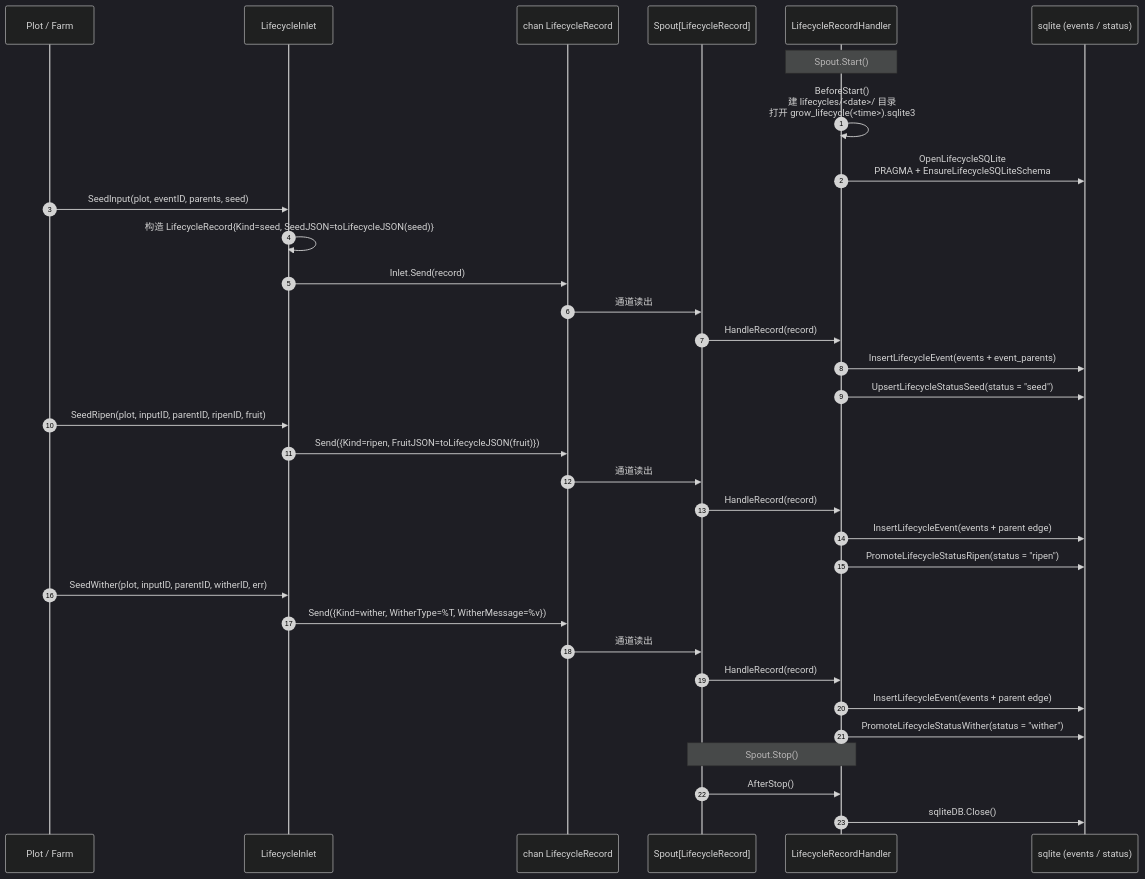
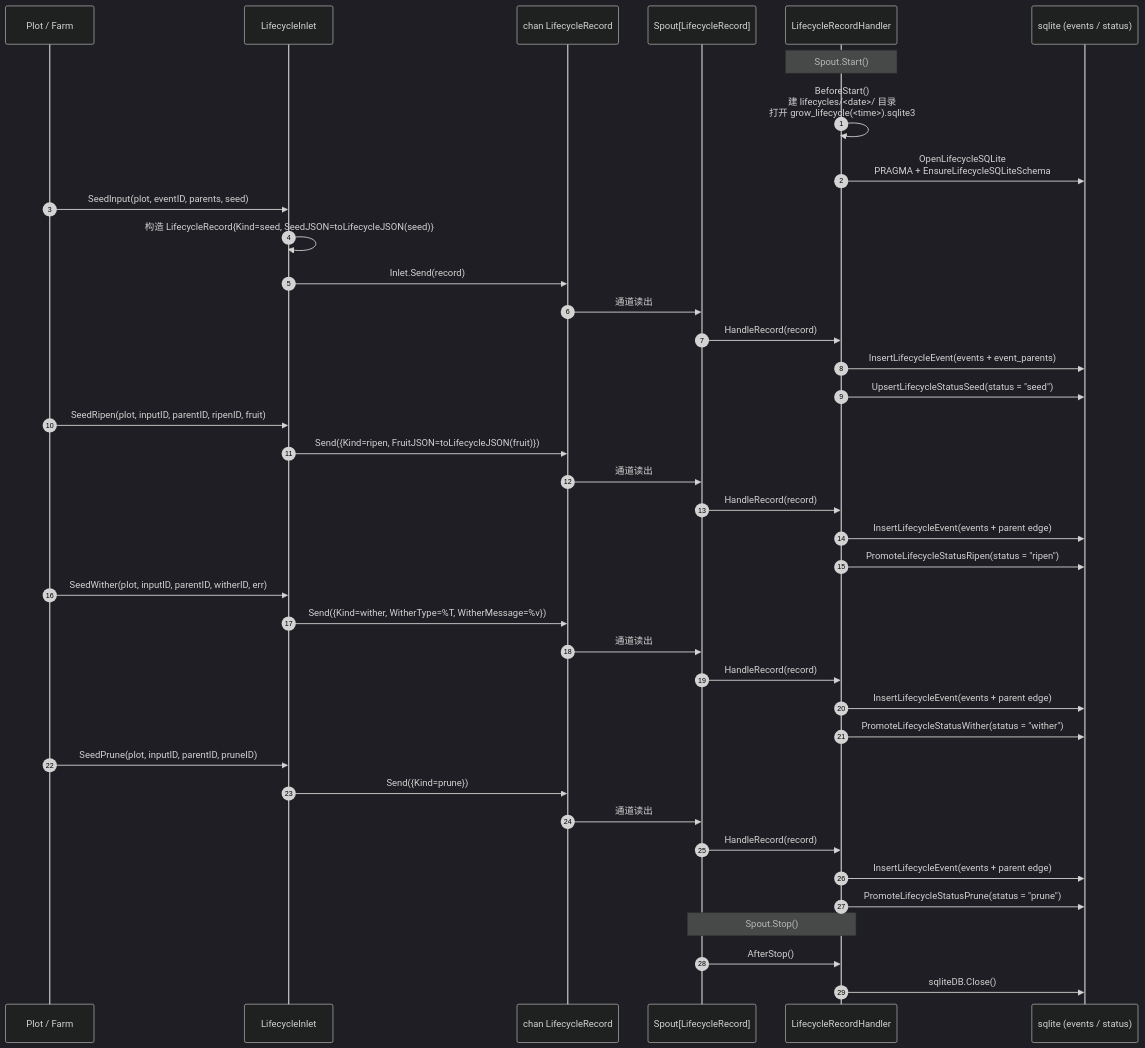
The diagram in docs/zh-CN/pkg/persist/lifecycle.md (Mr-xiaotian/CelestialGrow), drawn with Mermaid (dark theme) before and after one commit. The commit also changed other lines of this file and 12 other files, not shown here.

````diff
--- a/docs/zh-CN/pkg/persist/lifecycle.md
+++ b/docs/zh-CN/pkg/persist/lifecycle.md
@@ -98,40 +99,47 @@
 ```mermaid
 sequenceDiagram
     autonumber
     participant Caller as Plot / Farm
     participant Inlet as LifecycleInlet
     participant Ch as chan LifecycleRecord
     participant Spout as Spout[LifecycleRecord]
     participant Handler as LifecycleRecordHandler
     participant DB as sqlite (events / status)
 
     Note over Handler: Spout.Start()
     Handler->>Handler: BeforeStart()<br/>建 lifecycles/<date>/ 目录<br/>打开 grow_lifecycle(<time>).sqlite3
     Handler->>DB: OpenLifecycleSQLite<br/>PRAGMA + EnsureLifecycleSQLiteSchema
 
     Caller->>Inlet: SeedInput(plot, eventID, parents, seed)
     Inlet->>Inlet: 构造 LifecycleRecord{Kind=seed, SeedJSON=toLifecycleJSON(seed)}
     Inlet->>Ch: Inlet.Send(record)
     Ch->>Spout: 通道读出
     Spout->>Handler: HandleRecord(record)
     Handler->>DB: InsertLifecycleEvent(events + event_parents)
     Handler->>DB: UpsertLifecycleStatusSeed(status = "seed")
 
     Caller->>Inlet: SeedRipen(plot, inputID, parentID, ripenID, fruit)
     Inlet->>Ch: Send({Kind=ripen, FruitJSON=toLifecycleJSON(fruit)})
     Ch->>Spout: 通道读出
     Spout->>Handler: HandleRecord(record)
     Handler->>DB: InsertLifecycleEvent(events + parent edge)
     Handler->>DB: PromoteLifecycleStatusRipen(status = "ripen")
 
     Caller->>Inlet: SeedWither(plot, inputID, parentID, witherID, err)
     Inlet->>Ch: Send({Kind=wither, WitherType=%T, WitherMessage=%v})
     Ch->>Spout: 通道读出
     Spout->>Handler: HandleRecord(record)
     Handler->>DB: InsertLifecycleEvent(events + parent edge)
     Handler->>DB: PromoteLifecycleStatusWither(status = "wither")
 
+    Caller->>Inlet: SeedPrune(plot, inputID, parentID, pruneID)
+    Inlet->>Ch: Send({Kind=prune})
+    Ch->>Spout: 通道读出
+    Spout->>Handler: HandleRecord(record)
+    Handler->>DB: InsertLifecycleEvent(events + parent edge)
+    Handler->>DB: PromoteLifecycleStatusPrune(status = "prune")
+
     Note over Spout,Handler: Spout.Stop()
     Spout->>Handler: AfterStop()
     Handler->>DB: sqliteDB.Close()
 ```
````
